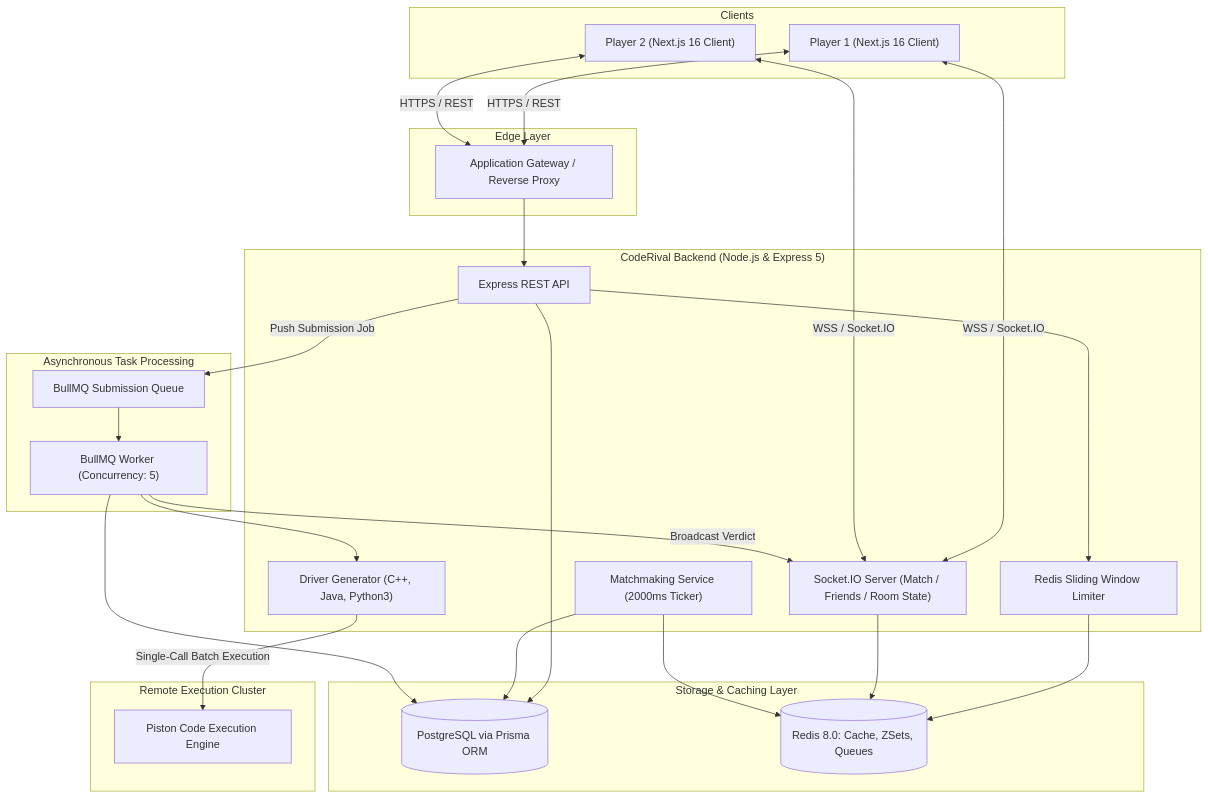
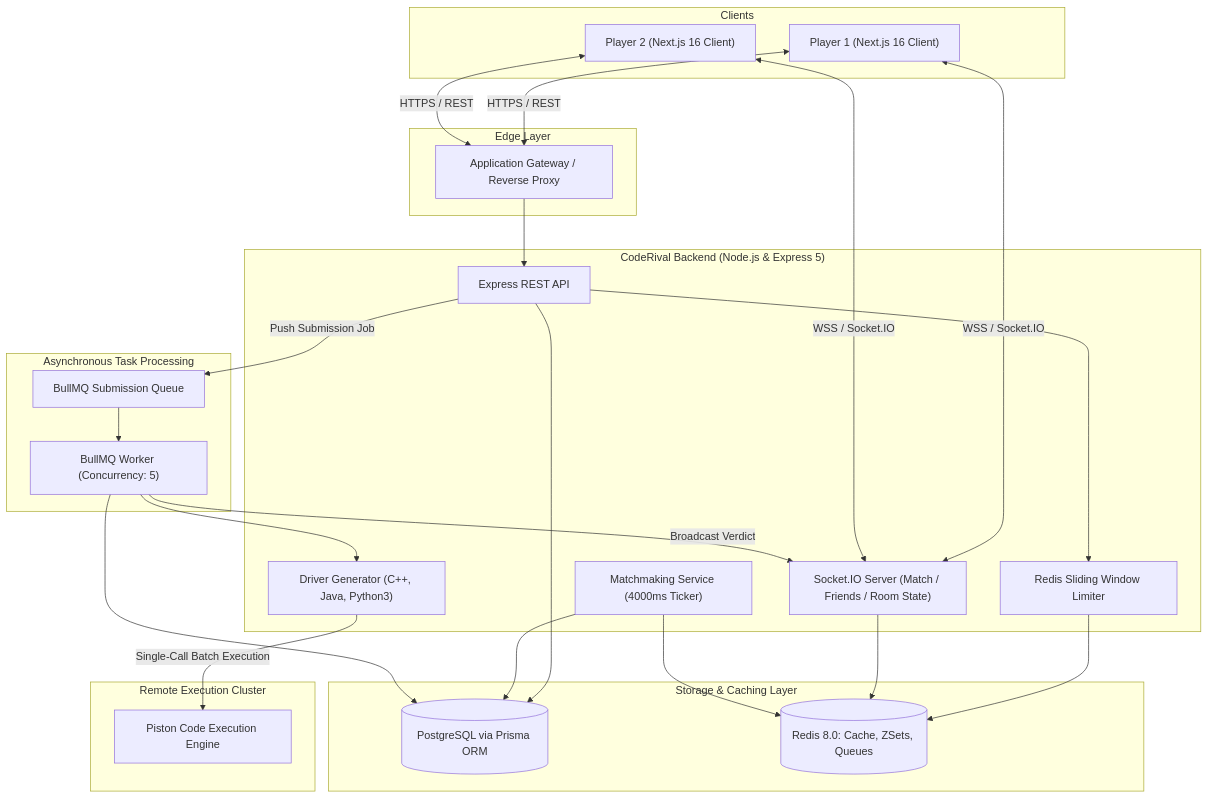
One commit to Amar2502/CodeRival changed the first of 4 diagrams in README.md. Above: the diagram before and after it, drawn with Mermaid. The commit also changed other lines of this file and 6 other files, not shown here.

````diff
--- a/README.md
+++ b/README.md
@@ -82,53 +82,53 @@
 ```mermaid
 flowchart TB
     subgraph Clients["Clients"]
         BrowserA["Player 1 (Next.js 16 Client)"]
         BrowserB["Player 2 (Next.js 16 Client)"]
     end
 
     subgraph ReverseProxy["Edge Layer"]
         LoadBalancer["Application Gateway / Reverse Proxy"]
     end
 
     subgraph BackendCluster["CodeRival Backend (Node.js & Express 5)"]
         HTTPGateway["Express REST API"]
         SocketServer["Socket.IO Server (Match / Friends / Room State)"]
         RateLimiter["Redis Sliding Window Limiter"]
-        MatchmakingTicker["Matchmaking Service (2000ms Ticker)"]
+        MatchmakingTicker["Matchmaking Service (4000ms Ticker)"]
         DriverGen["Driver Generator (C++, Java, Python3)"]
     end
 
     subgraph Persistence["Storage & Caching Layer"]
         Postgres[(PostgreSQL via Prisma ORM)]
         Redis[(Redis 8.0: Cache, ZSets, Queues)]
     end
 
     subgraph WorkerLayer["Asynchronous Task Processing"]
         BullQueue["BullMQ Submission Queue"]
         SubmissionWorker["BullMQ Worker (Concurrency: 5)"]
     end
 
     subgraph JudgeSystem["Remote Execution Cluster"]
         PistonAPI["Piston Code Execution Engine"]
     end
 
     BrowserA <-->|HTTPS / REST| LoadBalancer
     BrowserB <-->|HTTPS / REST| LoadBalancer
     BrowserA <-->|WSS / Socket.IO| SocketServer
     BrowserB <-->|WSS / Socket.IO| SocketServer
 
     LoadBalancer --> HTTPGateway
     HTTPGateway --> RateLimiter
     RateLimiter --> Redis
     HTTPGateway --> Postgres
     SocketServer --> Redis
     MatchmakingTicker --> Redis
     MatchmakingTicker --> Postgres
 
     HTTPGateway -->|Push Submission Job| BullQueue
     BullQueue --> SubmissionWorker
     SubmissionWorker --> DriverGen
     DriverGen -->|Single-Call Batch Execution| PistonAPI
     SubmissionWorker --> Postgres
     SubmissionWorker -->|Broadcast Verdict| SocketServer
 ```
````
